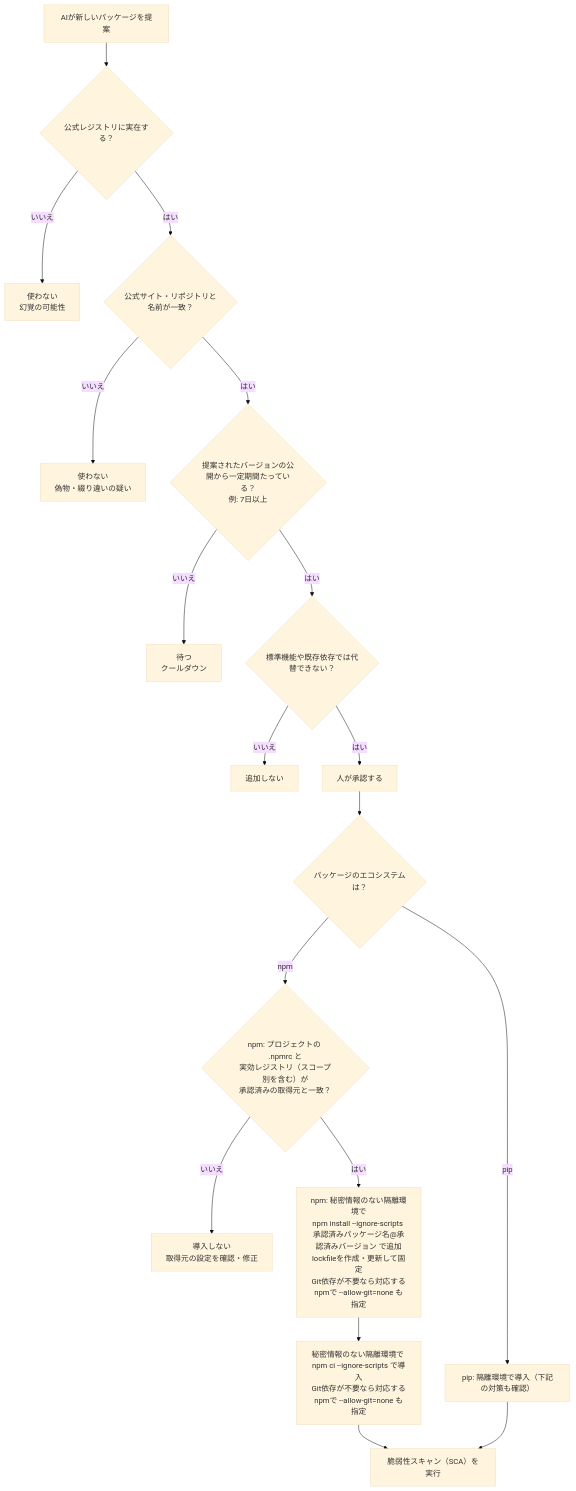
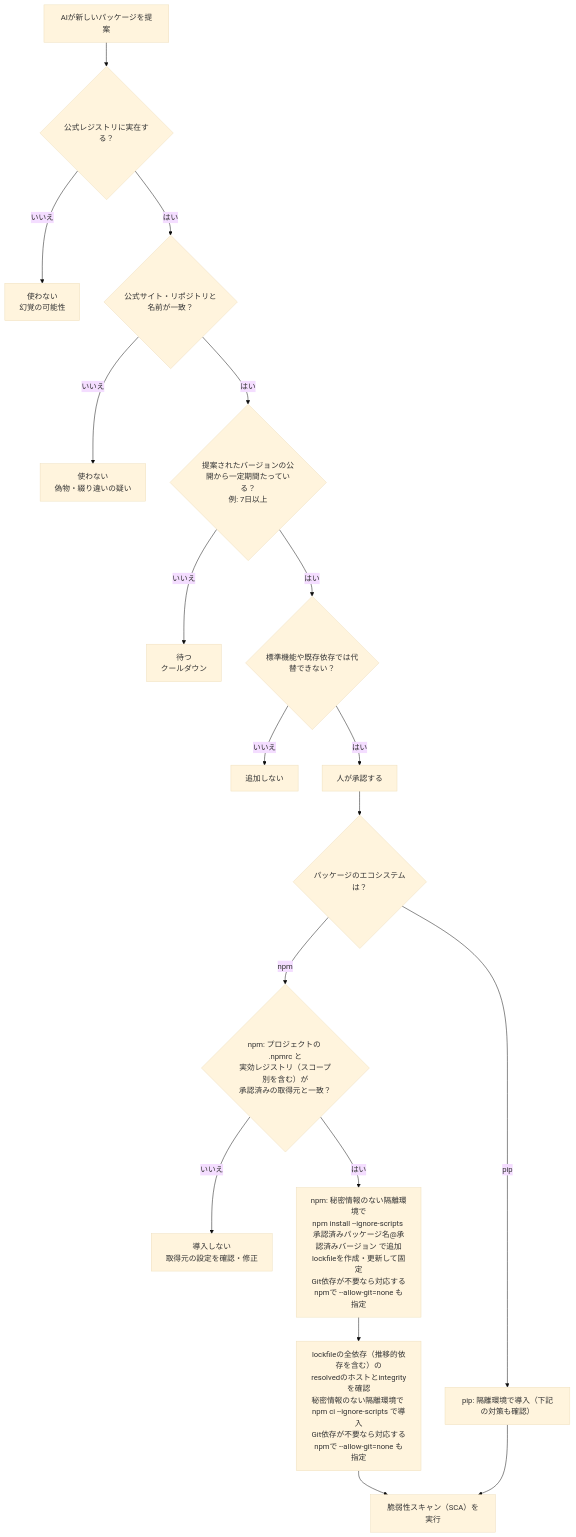
One commit to myoshi2891/Security_Studies changed the sixth of 9 diagrams in Ai-coding-safety-guide.md. Above: the diagram before and after it, drawn with Mermaid (base theme). The commit also changed other lines of this file, not shown here.

Commit message:
docs(ai-coding): verify package-lock resolved host and integrity

````diff
--- a/Ai-coding-safety-guide.md
+++ b/Ai-coding-safety-guide.md
@@ -484,20 +484,20 @@
 ```mermaid
 flowchart TD
     A["AIが新しいパッケージを提案"] --> B{"公式レジストリに実在する？"}
     B -->|"いいえ"| X1["使わない<br/>幻覚の可能性"]
     B -->|"はい"| C{"公式サイト・リポジトリと名前が一致？"}
     C -->|"いいえ"| X2["使わない<br/>偽物・綴り違いの疑い"]
     C -->|"はい"| D{"提案されたバージョンの公開から一定期間たっている？<br/>例: 7日以上"}
     D -->|"いいえ"| X3["待つ<br/>クールダウン"]
     D -->|"はい"| E{"標準機能や既存依存では代替できない？"}
     E -->|"いいえ"| X4["追加しない"]
     E -->|"はい"| F["人が承認する"]
     F --> P{"パッケージのエコシステムは？"}
     P -->|"npm"| R{"npm: プロジェクトの .npmrc と<br/>実効レジストリ（スコープ別を含む）が<br/>承認済みの取得元と一致？"}
     R -->|"いいえ"| X5["導入しない<br/>取得元の設定を確認・修正"]
     R -->|"はい"| G["npm: 秘密情報のない隔離環境で<br/>npm install --ignore-scripts 承認済みパッケージ名@承認済みバージョン で追加<br/>lockfileを作成・更新して固定<br/>Git依存が不要なら対応するnpmで --allow-git=none も指定"]
-    G --> H["秘密情報のない隔離環境で npm ci --ignore-scripts で導入<br/>Git依存が不要なら対応するnpmで --allow-git=none も指定"]
+    G --> H["lockfileの全依存（推移的依存を含む）の<br/>resolvedのホストとintegrityを確認<br/>秘密情報のない隔離環境で npm ci --ignore-scripts で導入<br/>Git依存が不要なら対応するnpmで --allow-git=none も指定"]
     H --> I["脆弱性スキャン（SCA）を実行"]
     P -->|"pip"| J["pip: 隔離環境で導入（下記の対策も確認）"]
     J --> I
 ```
````
